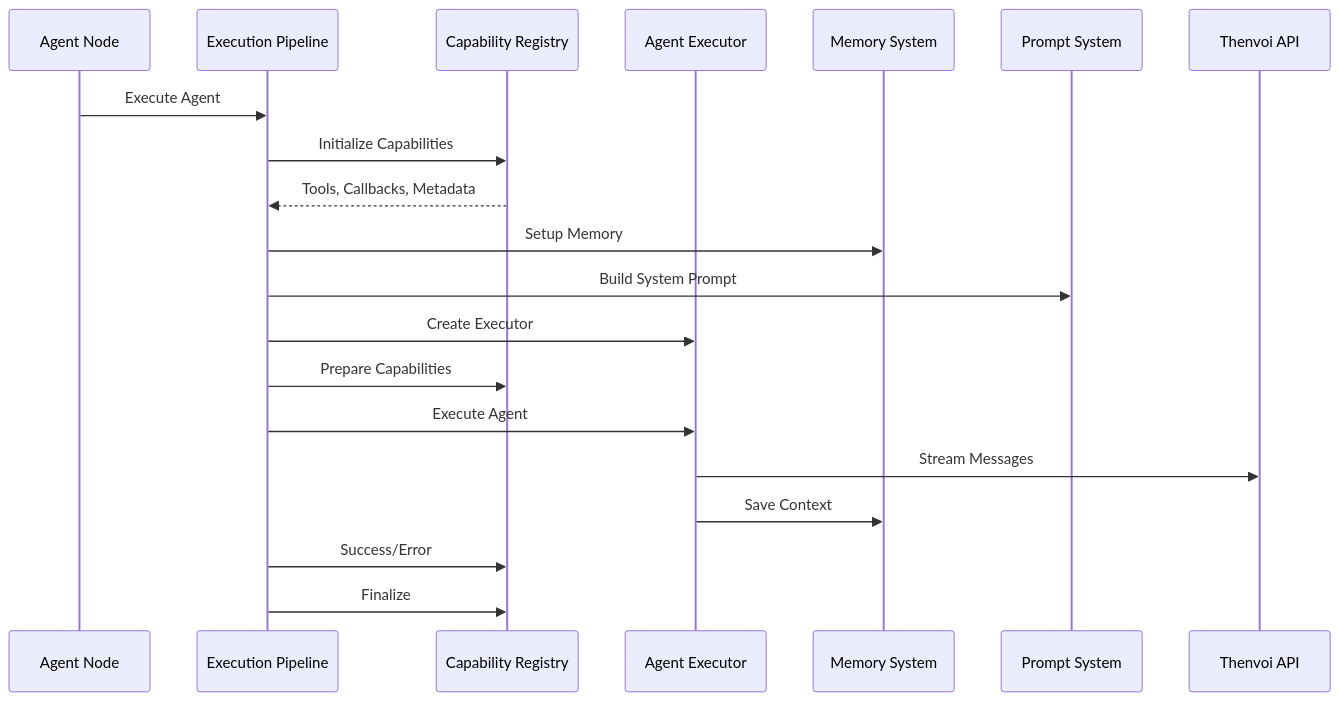
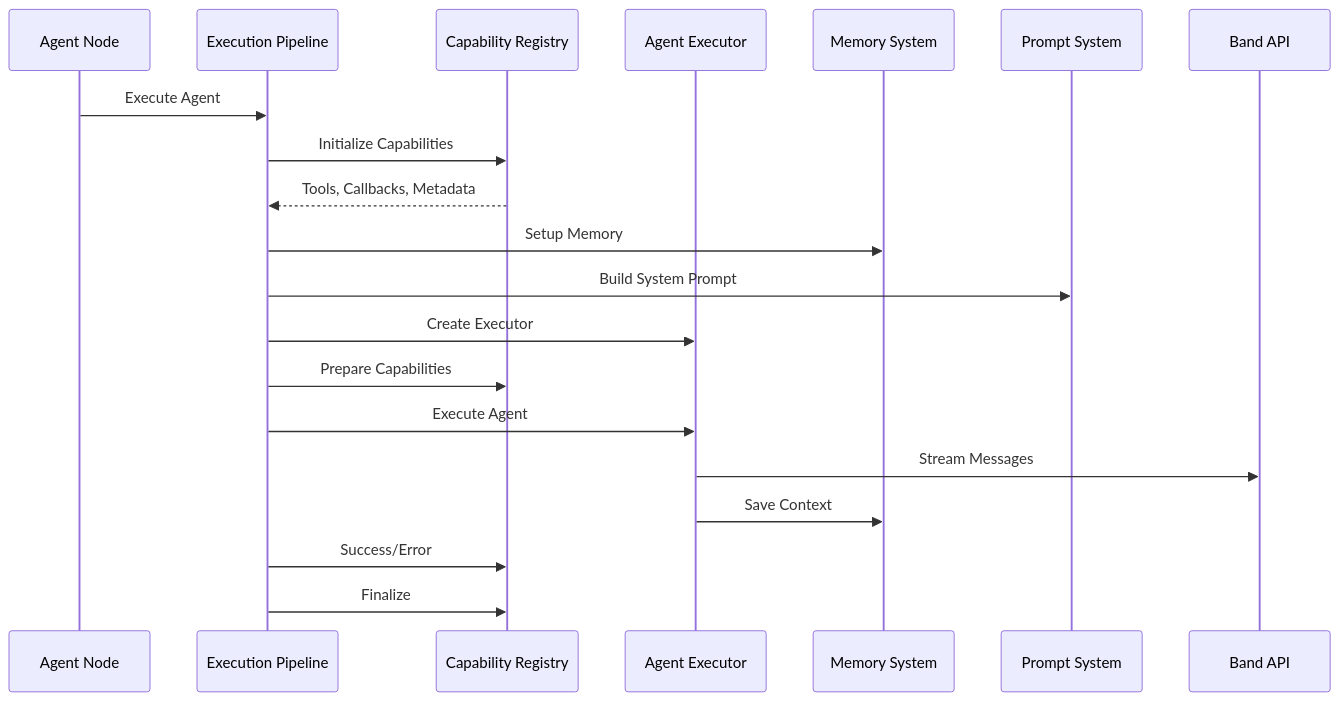
The second of 2 diagrams in docs/architecture/agent/agent_node_system_guide.md (thenvoi/n8n-nodes-thenvoi), drawn with Mermaid before and after one commit. The commit also changed other lines of this file and 157 other files, not shown here.

First line of the commit message:
feat!: rename organization from Thenvoi to Band

````diff
--- a/docs/architecture/agent/agent_node_system_guide.md
+++ b/docs/architecture/agent/agent_node_system_guide.md
@@ -45,27 +45,27 @@
 ```mermaid
 sequenceDiagram
     participant Node as Agent Node
     participant Pipeline as Execution Pipeline
     participant Registry as Capability Registry
     participant Executor as Agent Executor
     participant Memory as Memory System
     participant Prompt as Prompt System
-    participant API as Thenvoi API
+    participant API as Band API
     
     Node->>Pipeline: Execute Agent
     Pipeline->>Registry: Initialize Capabilities
     Registry-->>Pipeline: Tools, Callbacks, Metadata
     
     Pipeline->>Memory: Setup Memory
     Pipeline->>Prompt: Build System Prompt
     Pipeline->>Executor: Create Executor
     
     Pipeline->>Registry: Prepare Capabilities
     Pipeline->>Executor: Execute Agent
     
     Executor->>API: Stream Messages
     Executor->>Memory: Save Context
     
     Pipeline->>Registry: Success/Error
     Pipeline->>Registry: Finalize
 ```
````
